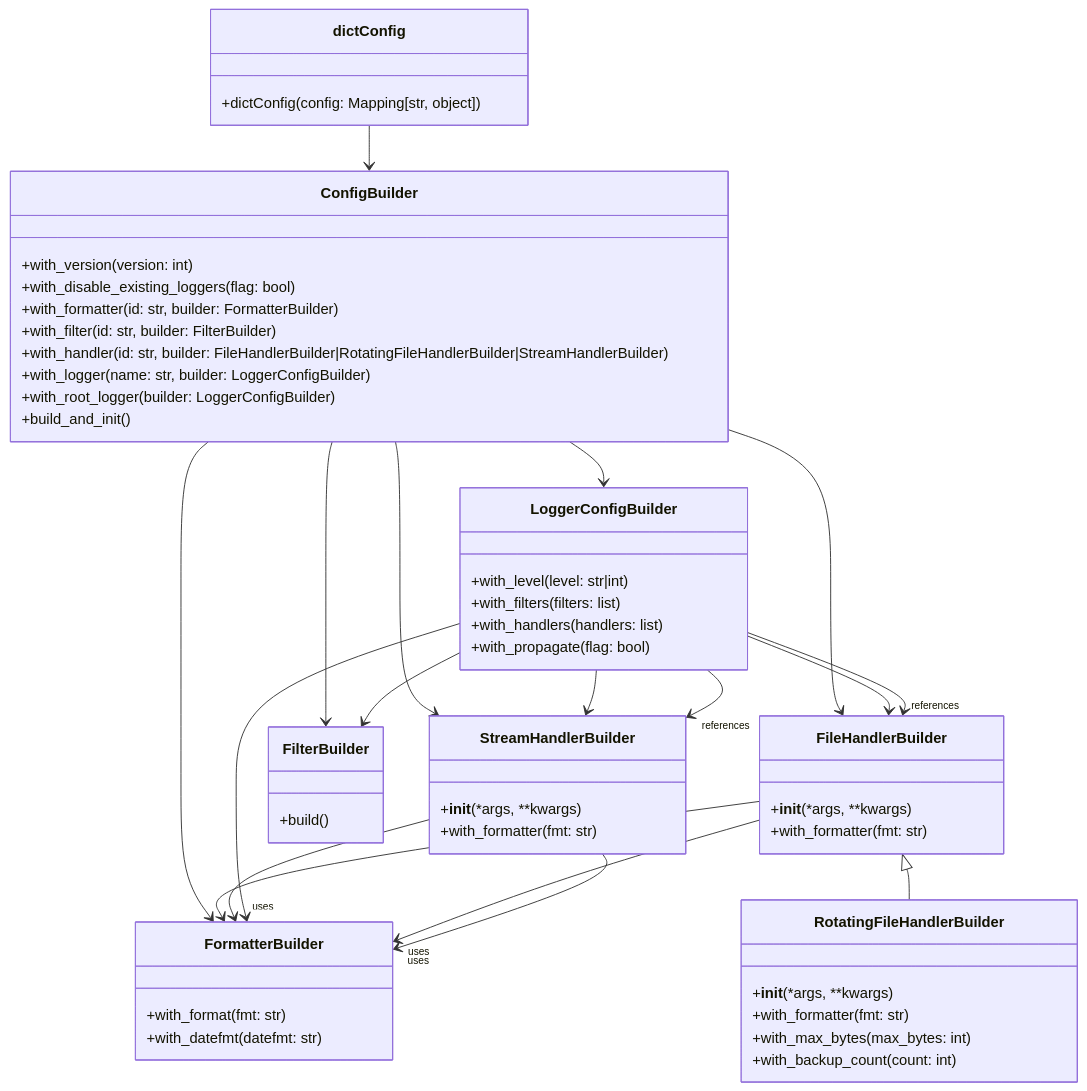
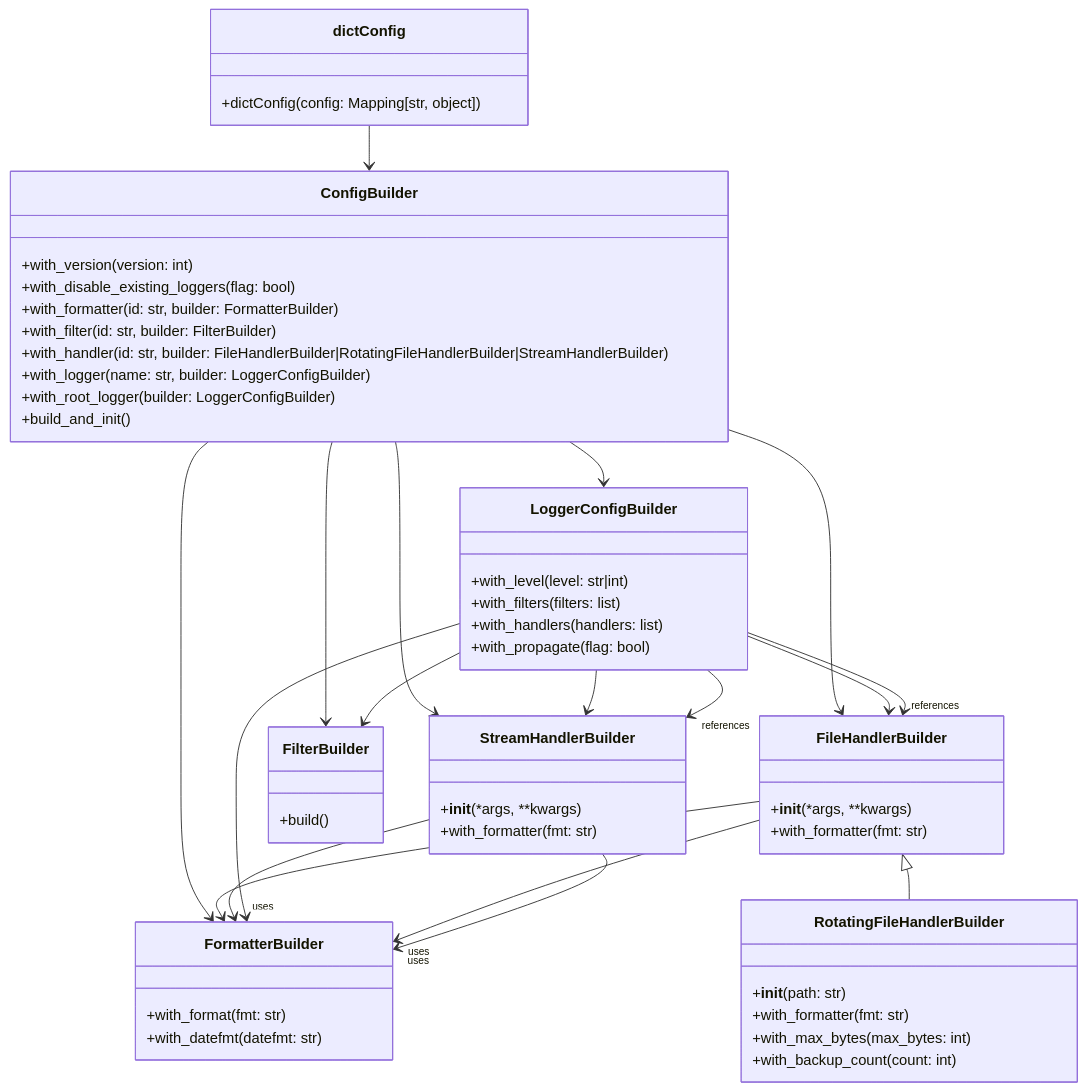
The first of 5 diagrams in docs/configuration-design.md (leynos/femtologging), drawn with Mermaid before and after one commit. The commit also changed other lines of this file and 5 other files, not shown here.

````diff
--- a/docs/configuration-design.md
+++ b/docs/configuration-design.md
@@ -393,60 +401,60 @@
 ```mermaid
 classDiagram
     class ConfigBuilder {
         +with_version(version: int)
         +with_disable_existing_loggers(flag: bool)
         +with_formatter(id: str, builder: FormatterBuilder)
         +with_filter(id: str, builder: FilterBuilder)
         +with_handler(id: str, builder: FileHandlerBuilder|RotatingFileHandlerBuilder|StreamHandlerBuilder)
         +with_logger(name: str, builder: LoggerConfigBuilder)
         +with_root_logger(builder: LoggerConfigBuilder)
         +build_and_init()
     }
     class FormatterBuilder {
         +with_format(fmt: str)
         +with_datefmt(datefmt: str)
     }
     class FileHandlerBuilder {
         +__init__(*args, **kwargs)
         +with_formatter(fmt: str)
     }
     class RotatingFileHandlerBuilder {
-        +__init__(*args, **kwargs)
+        +__init__(path: str)
         +with_formatter(fmt: str)
         +with_max_bytes(max_bytes: int)
         +with_backup_count(count: int)
     }
     class StreamHandlerBuilder {
         +__init__(*args, **kwargs)
         +with_formatter(fmt: str)
     }
     class FilterBuilder {
         +build()
     }
     class LoggerConfigBuilder {
         +with_level(level: str|int)
         +with_filters(filters: list)
         +with_handlers(handlers: list)
         +with_propagate(flag: bool)
     }
     class dictConfig {
         +dictConfig(config: Mapping[str, object])
     }
     dictConfig --> ConfigBuilder
     ConfigBuilder --> FormatterBuilder
     ConfigBuilder --> FileHandlerBuilder
     ConfigBuilder --> StreamHandlerBuilder
     ConfigBuilder --> FilterBuilder
     ConfigBuilder --> LoggerConfigBuilder
     FileHandlerBuilder <|-- RotatingFileHandlerBuilder
     LoggerConfigBuilder --> FileHandlerBuilder
     LoggerConfigBuilder --> StreamHandlerBuilder
     FileHandlerBuilder --> FormatterBuilder
     StreamHandlerBuilder --> FormatterBuilder
     LoggerConfigBuilder --> FilterBuilder
     LoggerConfigBuilder --> "uses" FormatterBuilder
     LoggerConfigBuilder --> "references" FileHandlerBuilder
     LoggerConfigBuilder --> "references" StreamHandlerBuilder
     FileHandlerBuilder --> "uses" FormatterBuilder
     StreamHandlerBuilder --> "uses" FormatterBuilder
 ```
````
